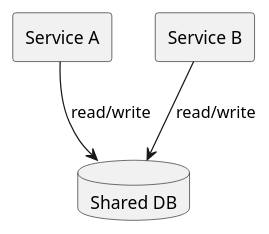
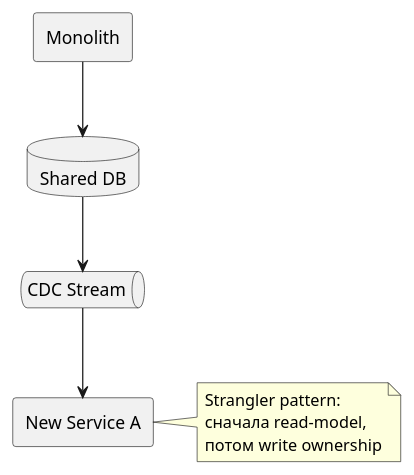
The diagram in docs/integrations/integration-methods/shared-database.md (iwizy/analyst_kb), drawn with PlantUML before and after one commit. The commit also changed other lines of this file and 33 other files, not shown here.

````diff
--- a/docs/integrations/integration-methods/shared-database.md
+++ b/docs/integrations/integration-methods/shared-database.md
@@ -20,9 +53,17 @@
 ```kroki-plantuml
 @startuml
-rectangle "Service A" as A
-rectangle "Service B" as B
+rectangle Monolith
 database "Shared DB" as DB
-A --> DB : read/write
-B --> DB : read/write
+rectangle "New Service A" as SA
+queue "CDC Stream" as CDC
+
+Monolith --> DB
+DB --> CDC
+CDC --> SA
+note right of SA
+Strangler pattern:
+сначала read-model,
+потом write ownership
+end note
 @enduml
 ```
````
